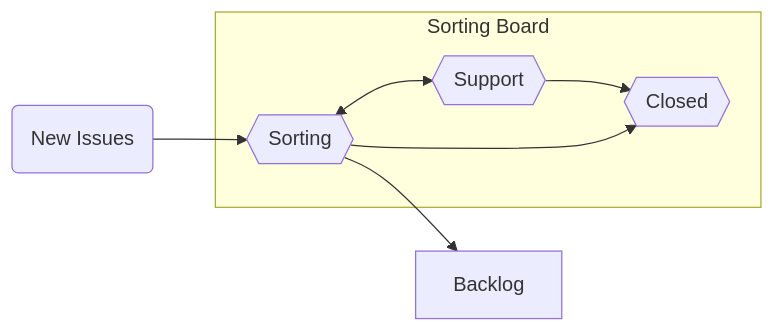
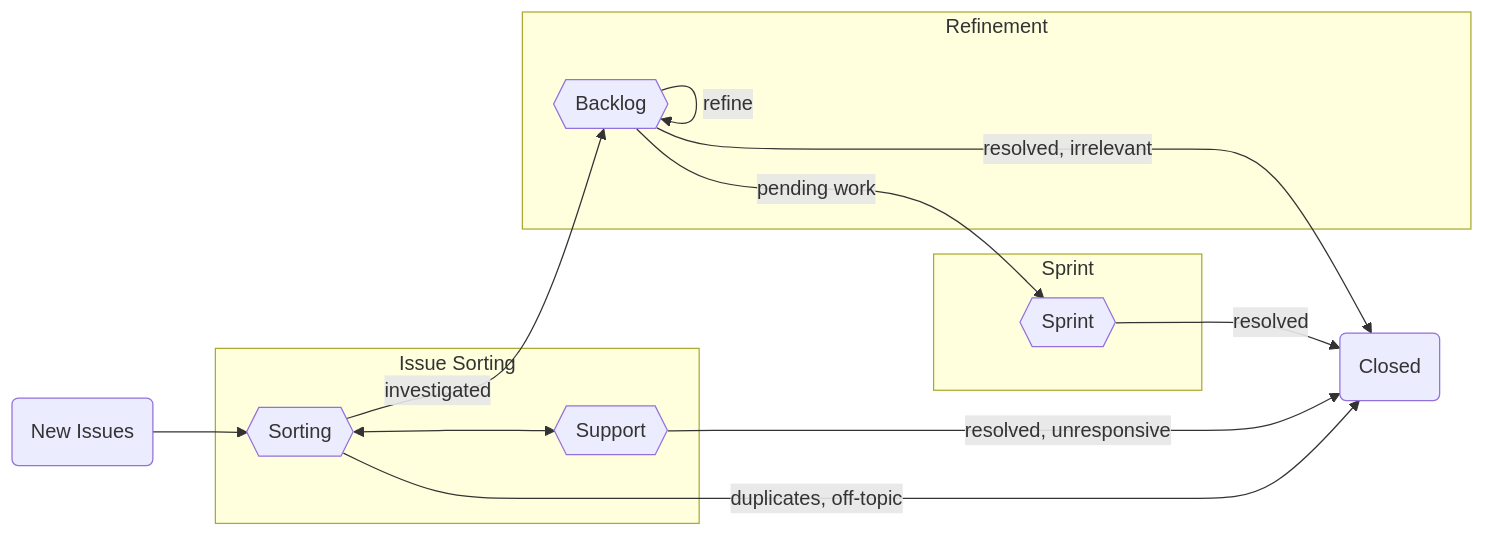
Before and after one commit to conda/infrastructure: the diagram in ISSUE_SORTING.md, drawn with Mermaid. The commit also changed other lines of this file, not shown here.

Commit message:
Add note about 'triaging' term, update flowchart

````diff
--- a/ISSUE_SORTING.md
+++ b/ISSUE_SORTING.md
@@ -5,15 +8,30 @@
 ```mermaid
 flowchart LR
-    issue_new(New Issues)
+    subgraph flow_sorting [Issue Sorting]
+        board_sorting{{Sorting}}
+        board_support{{Support}}
 
-    subgraph board_sorting [Sorting Board]
-    col_sorting{{Sorting}}
-    col_support{{Support}}
-    col_closed{{Closed}}
-    col_sorting<-->col_support-->col_closed
-    col_sorting-->col_closed
+        board_sorting<-->board_support
     end
 
-    issue_new-->col_sorting
-   col_sorting-->Backlog
+    subgraph flow_refinement [Refinement]
+        board_backlog{{Backlog}}
+
+        board_backlog-- refine -->board_backlog
+    end
+
+    subgraph flow_sprint [Sprint]
+        board_sprint{{Sprint}}
+    end
+
+    state_new(New Issues)
+    state_closed(Closed)
+
+    state_new-->board_sorting
+    board_sorting-- investigated -->board_backlog
+    board_sorting-- duplicates, off-topic -->state_closed
+    board_support-- resolved, unresponsive -->state_closed
+    board_backlog-- pending work -->board_sprint
+    board_backlog-- resolved, irrelevant -->state_closed
+    board_sprint-- resolved -->state_closed
 ```
````
